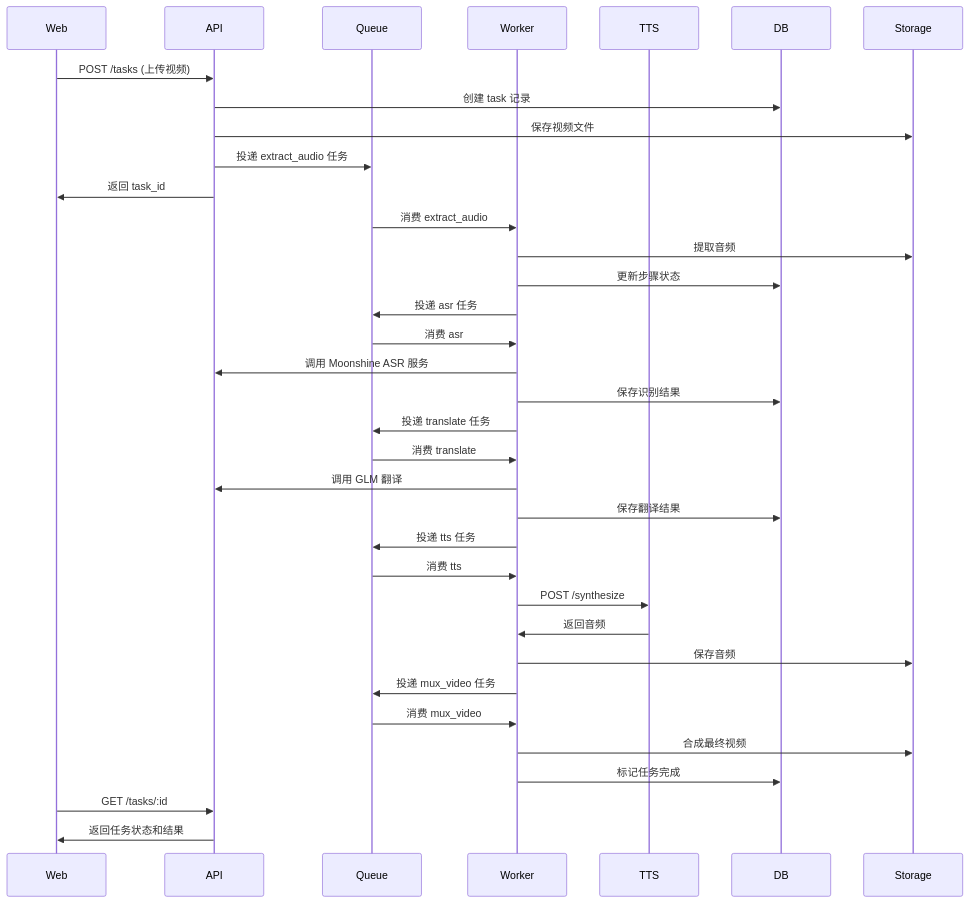
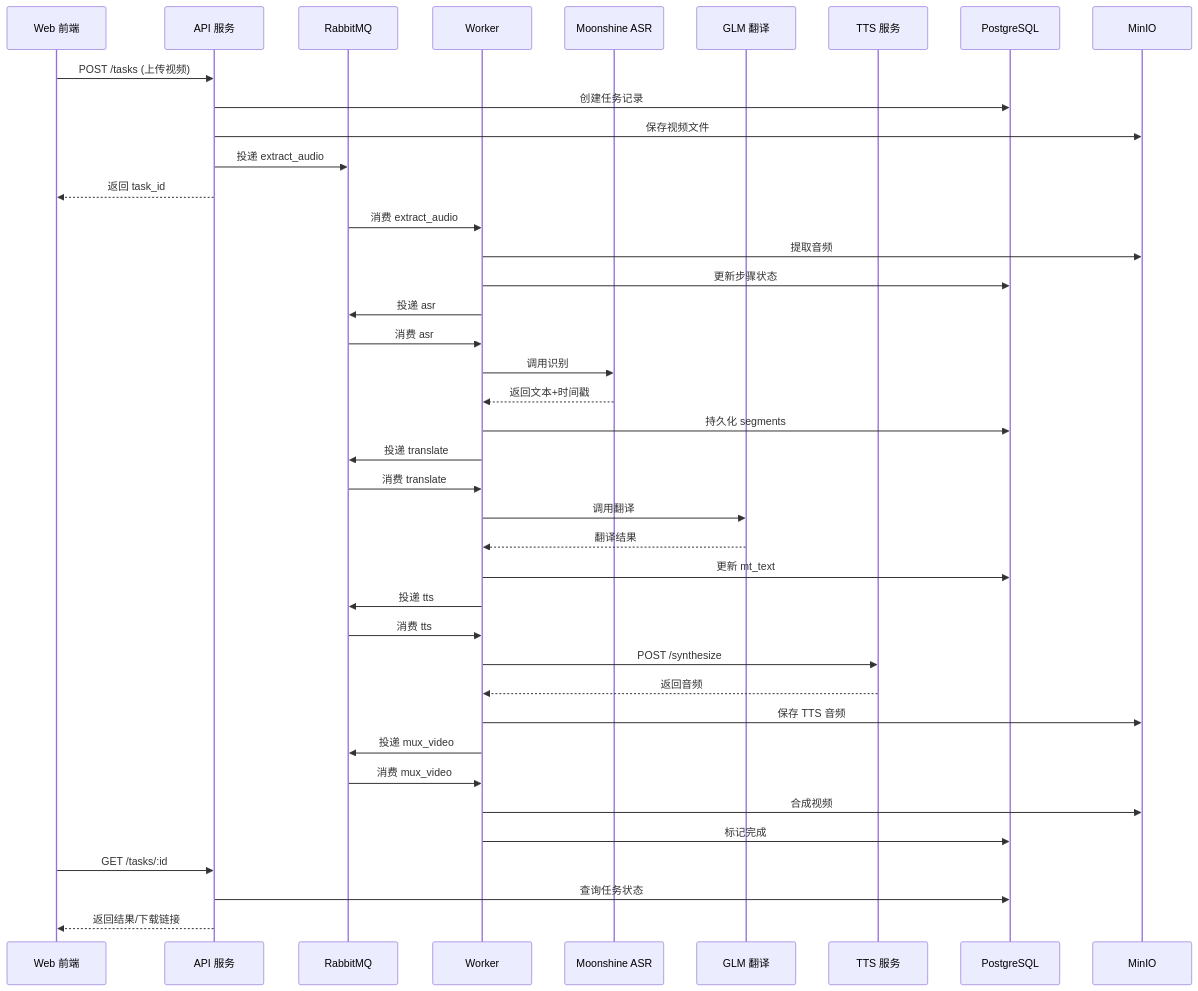
The diagram in docs/architecture.md (xmcaicaizi/video-auto-dubbing), drawn with Mermaid before and after one commit. The commit also changed other lines of this file and 4 other files, not shown here.

````diff
--- a/docs/architecture.md
+++ b/docs/architecture.md
@@ -94,44 +55,49 @@
 ```mermaid
 sequenceDiagram
-    participant Web
-    participant API
-    participant Queue
-    participant Worker
-    participant TTS
-    participant DB
-    participant Storage
+    participant Web as Web 前端
+    participant API as API 服务
+    participant Queue as RabbitMQ
+    participant Worker as Worker
+    participant ASR as Moonshine ASR
+    participant GLM as GLM 翻译
+    participant TTS as TTS 服务
+    participant DB as PostgreSQL
+    participant Storage as MinIO
 
     Web->>API: POST /tasks (上传视频)
-    API->>DB: 创建 task 记录
+    API->>DB: 创建任务记录
     API->>Storage: 保存视频文件
-    API->>Queue: 投递 extract_audio 任务
-    API->>Web: 返回 task_id
+    API->>Queue: 投递 extract_audio
+    API-->>Web: 返回 task_id
 
     Queue->>Worker: 消费 extract_audio
     Worker->>Storage: 提取音频
     Worker->>DB: 更新步骤状态
-    Worker->>Queue: 投递 asr 任务
+    Worker->>Queue: 投递 asr
 
     Queue->>Worker: 消费 asr
-    Worker->>API: 调用 Moonshine ASR 服务
-    Worker->>DB: 保存识别结果
-    Worker->>Queue: 投递 translate 任务
+    Worker->>ASR: 调用识别
+    ASR-->>Worker: 返回文本+时间戳
+    Worker->>DB: 持久化 segments
+    Worker->>Queue: 投递 translate
 
     Queue->>Worker: 消费 translate
-    Worker->>API: 调用 GLM 翻译
-    Worker->>DB: 保存翻译结果
-    Worker->>Queue: 投递 tts 任务
+    Worker->>GLM: 调用翻译
+    GLM-->>Worker: 翻译结果
+    Worker->>DB: 更新 mt_text
+    Worker->>Queue: 投递 tts
 
     Queue->>Worker: 消费 tts
     Worker->>TTS: POST /synthesize
-    TTS->>Worker: 返回音频
-    Worker->>Storage: 保存音频
-    Worker->>Queue: 投递 mux_video 任务
+    TTS-->>Worker: 返回音频
+    Worker->>Storage: 保存 TTS 音频
+    Worker->>Queue: 投递 mux_video
 
     Queue->>Worker: 消费 mux_video
-    Worker->>Storage: 合成最终视频
-    Worker->>DB: 标记任务完成
+    Worker->>Storage: 合成视频
+    Worker->>DB: 标记完成
 
     Web->>API: GET /tasks/:id
-    API->>Web: 返回任务状态和结果
+    API->>DB: 查询任务状态
+    API-->>Web: 返回结果/下载链接
 ```
````
